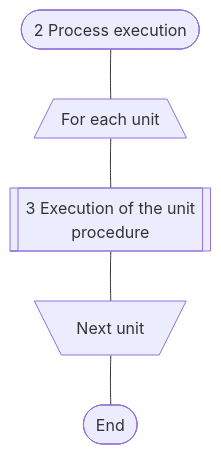
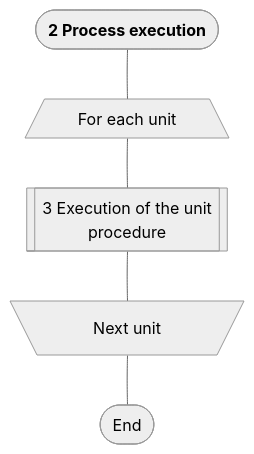
One commit to savushkin-r-d/ptusa_main changed the first of 5 diagrams in readme.md. Above: the diagram before and after it, drawn with Mermaid. The commit also changed other lines of this file and 1 other file, not shown here.

````diff
--- a/readme.md
+++ b/readme.md
@@ -36,8 +36,10 @@
 ``` mermaid
+%%{ init: {'theme': 'neutral'} }%%
+
 flowchart TD
-    A([2 Process execution]) --- B[/For each unit\]
+    A([<b>2 Process execution</b>]) --- B[/<p style='width:150px'> For each unit\]
     B --- C[[3 Execution of the unit <br/> procedure]]
-    C --- D[\Next unit/]
+    C --- D[\<p style='width:150px'> Next unit/]
     D --- E([End])
 
 ```
````
